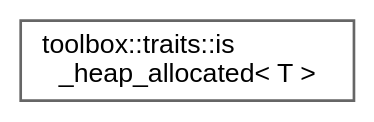
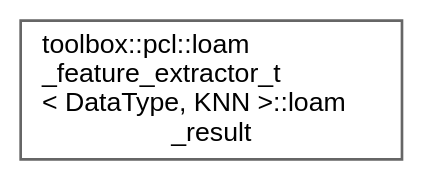
One commit to nerdneilsfield/cpp-toolbox changed the diagram in inherit_graph_150.dot. Above: the diagram before and after it, drawn with Graphviz. The commit also changed 942 other files, not shown here.

```diff
--- a/inherit_graph_150.dot
+++ b/inherit_graph_150.dot
@@ -1,9 +1,9 @@
 digraph "Graphical Class Hierarchy"
 {
  // LATEX_PDF_SIZE
   bgcolor="transparent";
   edge [fontname=Helvetica,fontsize=10,labelfontname=Helvetica,labelfontsize=10];
   node [fontname=Helvetica,fontsize=10,shape=box,height=0.2,width=0.4];
   rankdir="LR";
-  Node0 [id="Node000000",label="toolbox::traits::is\l_heap_allocated\< T \>",height=0.2,width=0.4,color="grey40", fillcolor="white", style="filled",URL="$structtoolbox_1_1traits_1_1is__heap__allocated.html",tooltip="检查类型是否必须堆分配/Check if type must be heap allocated"];
+  Node0 [id="Node000000",label="toolbox::pcl::loam\l_feature_extractor_t\l\< DataType, KNN \>::loam\l_result",height=0.2,width=0.4,color="grey40", fillcolor="white", style="filled",URL="$structtoolbox_1_1pcl_1_1loam__feature__extractor__t_1_1loam__result.html",tooltip=" "];
 }
```
